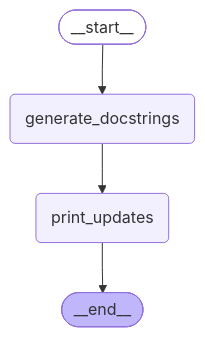
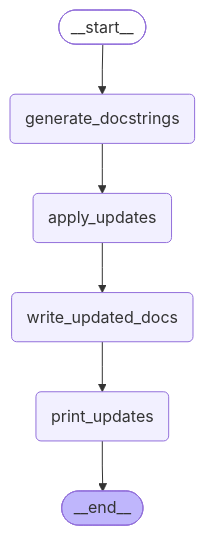
One commit to g33k5z/docholiday changed the diagram in diagrams/doc_stringer_graph.mermaid. Above: the diagram before and after it, drawn with Mermaid. The commit also changed 4 other files, not shown here.

```diff
--- a/diagrams/doc_stringer_graph.mermaid
+++ b/diagrams/doc_stringer_graph.mermaid
@@ -1,12 +1,16 @@
 %%{init: {'flowchart': {'curve': 'linear'}}}%%
 graph TD;
 	__start__([<p>__start__</p>]):::first
 	generate_docstrings(generate_docstrings)
+	apply_updates(apply_updates)
+	write_updated_docs(write_updated_docs)
 	print_updates(print_updates)
 	__end__([<p>__end__</p>]):::last
 	__start__ --> generate_docstrings;
-	generate_docstrings --> print_updates;
+	apply_updates --> write_updated_docs;
+	generate_docstrings --> apply_updates;
 	print_updates --> __end__;
+	write_updated_docs --> print_updates;
 	classDef default fill:#f2f0ff,line-height:1.2
 	classDef first fill-opacity:0
 	classDef last fill:#bfb6fc
```
